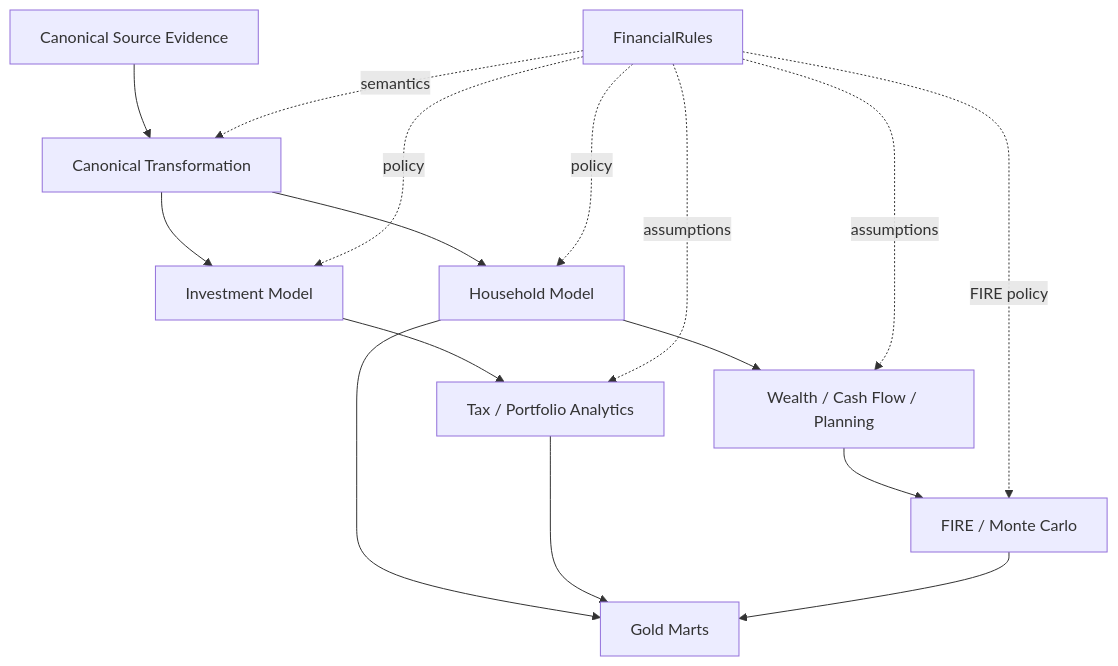
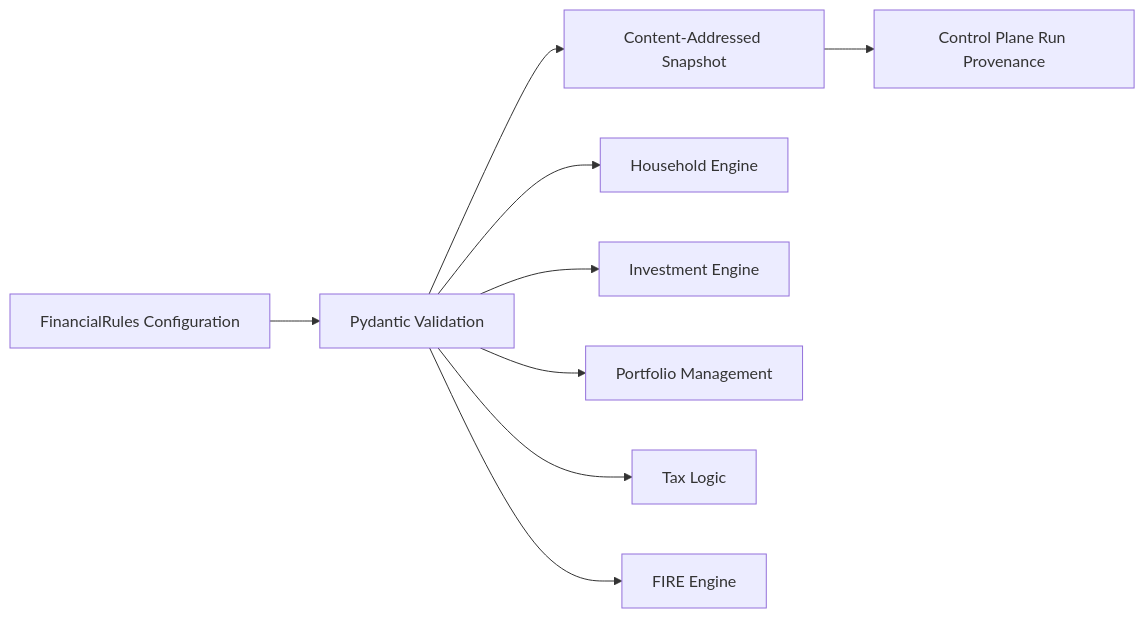
One commit to tks18/personal-finance-etl changed the first of 4 diagrams in docs/configuration/financial-rules.md. Above: the diagram before and after it, drawn with Mermaid. The commit also changed other lines of this file and 1 other file, not shown here.

Commit message:
docs: refactor configuration docs to reflect recent changes

````diff
--- a/docs/configuration/financial-rules.md
+++ b/docs/configuration/financial-rules.md
@@ -31,24 +33,12 @@
 ```mermaid
-flowchart TB
-    RAW["Canonical Source Evidence"] --> TRANS["Canonical Transformation"]
-    RULES["FinancialRules"] -. semantics .-> TRANS
+flowchart LR
+    FILE["FinancialRules Configuration"] --> PYD["Pydantic Validation"]
+    PYD --> SNAP["Content-Addressed Snapshot"]
+    PYD --> HH["Household Engine"]
+    PYD --> INV["Investment Engine"]
+    PYD --> PM["Portfolio Management"]
+    PYD --> TAX["Tax Logic"]
+    PYD --> FIRE["FIRE Engine"]
 
-    TRANS --> HH["Household Model"]
-    TRANS --> INV["Investment Model"]
-
-    RULES -. policy .-> HH
-    RULES -. policy .-> INV
-
-    HH --> WEALTH["Wealth / Cash Flow / Planning"]
-    INV --> TAX["Tax / Portfolio Analytics"]
-
-    RULES -. assumptions .-> WEALTH
-    RULES -. assumptions .-> TAX
-
-    WEALTH --> FIRE["FIRE / Monte Carlo"]
-    RULES -. FIRE policy .-> FIRE
-
-    HH --> GOLD["Gold Marts"]
-    TAX --> GOLD
-    FIRE --> GOLD
+    SNAP --> RUN["Control Plane Run Provenance"]
 ```
````
